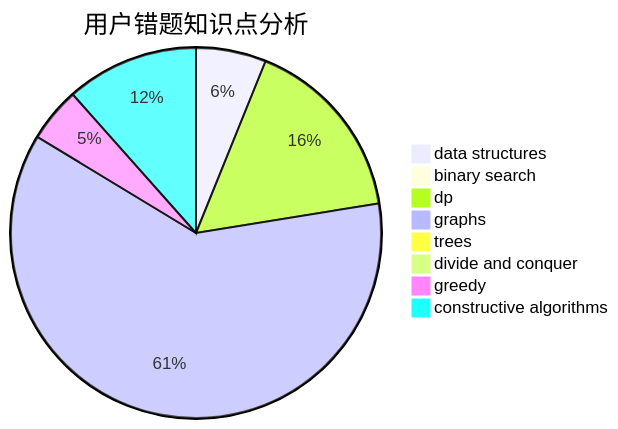
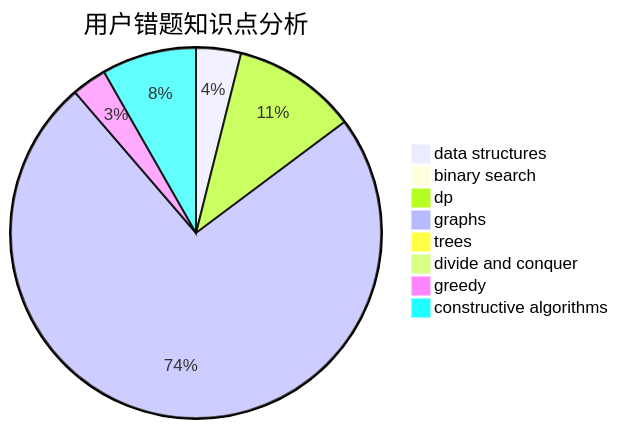
The third of 3 diagrams in docs/user/u1210.md (sherpahu/cfrs.github.io), drawn with Mermaid before and after one commit. The commit also changed other lines of this file and 2770 other files, not shown here.

````diff
--- a/docs/user/u1210.md
+++ b/docs/user/u1210.md
@@ -36,11 +36,11 @@
 ```mermaid
 pie title 用户错题知识点分析
     "data structures" :  9
     "binary search" :  0
-    "dp" :  24
-    "graphs" :  90
+    "dp" :  25
+    "graphs" :  170
     "trees" :  0
     "divide and conquer" :  0
     "greedy" :  7
-    "constructive algorithms" :  17
+    "constructive algorithms" :  19
 ```
````
